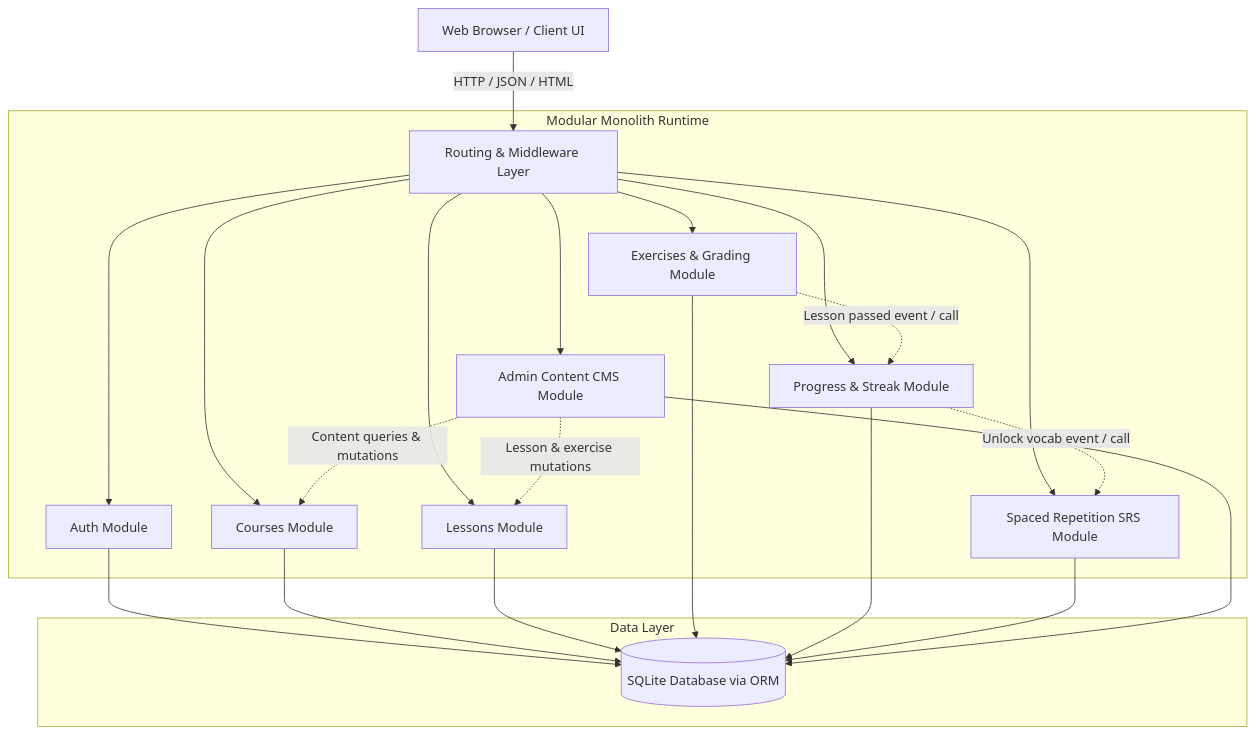
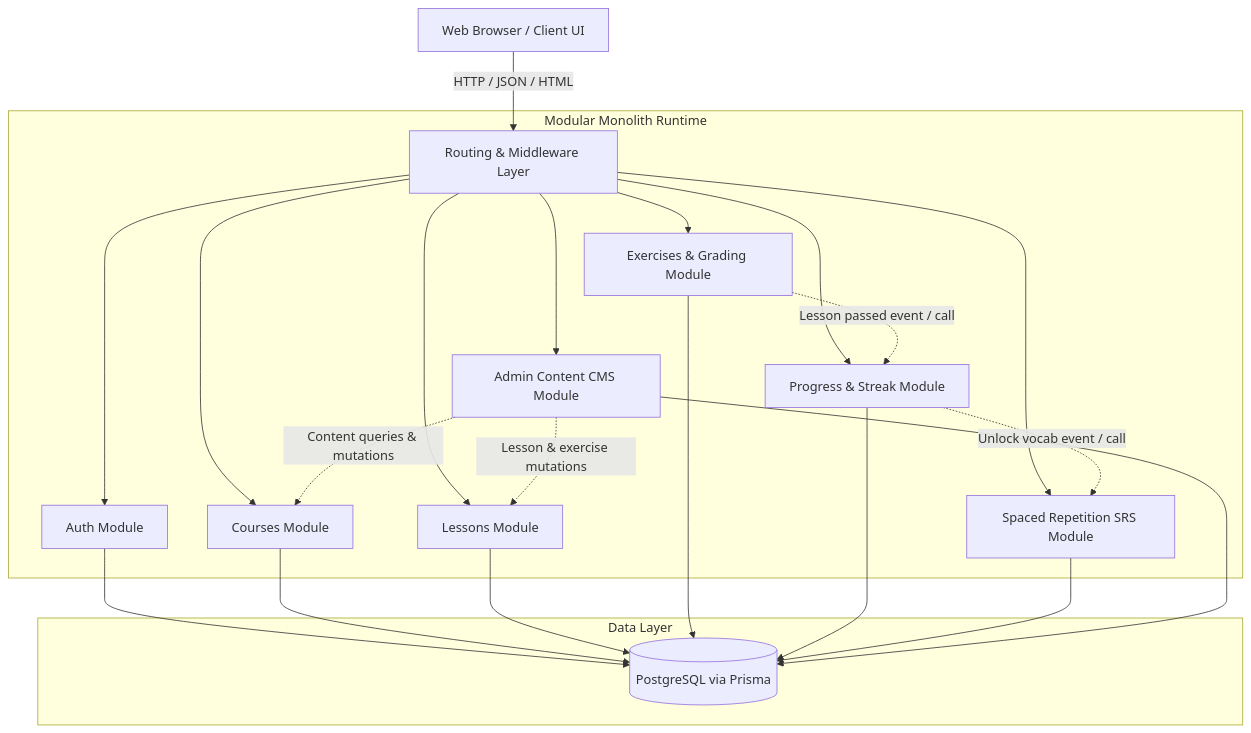
Before and after one commit to truongvinh-dev-fullstack/korean-learning: the first of 2 diagrams in docs/ARCHITECTURE.md, drawn with Mermaid. The commit also changed other lines of this file and 82 other files, not shown here.

````diff
--- a/docs/ARCHITECTURE.md
+++ b/docs/ARCHITECTURE.md
@@ -9,30 +9,30 @@
 ```mermaid
 graph TD
     Client[Web Browser / Client UI] -->|HTTP / JSON / HTML| Gateway[Routing & Middleware Layer]
     
     subgraph Modular Monolith Runtime
         Gateway --> AuthMod[Auth Module]
         Gateway --> CourseMod[Courses Module]
         Gateway --> LessonMod[Lessons Module]
         Gateway --> ExerciseMod[Exercises & Grading Module]
         Gateway --> ProgressMod[Progress & Streak Module]
         Gateway --> SrsMod[Spaced Repetition SRS Module]
         Gateway --> AdminMod[Admin Content CMS Module]
         
         %% Inter-module internal service calls
         ExerciseMod -.->|Lesson passed event / call| ProgressMod
         ProgressMod -.->|Unlock vocab event / call| SrsMod
         AdminMod -.->|Content queries & mutations| CourseMod
         AdminMod -.->|Lesson & exercise mutations| LessonMod
     end
     
     subgraph Data Layer
-        AuthMod --> DB[(SQLite Database via ORM)]
+        AuthMod --> DB[(PostgreSQL via Prisma)]
         CourseMod --> DB
         LessonMod --> DB
         ExerciseMod --> DB
         ProgressMod --> DB
         SrsMod --> DB
         AdminMod --> DB
     end
 ```
````
